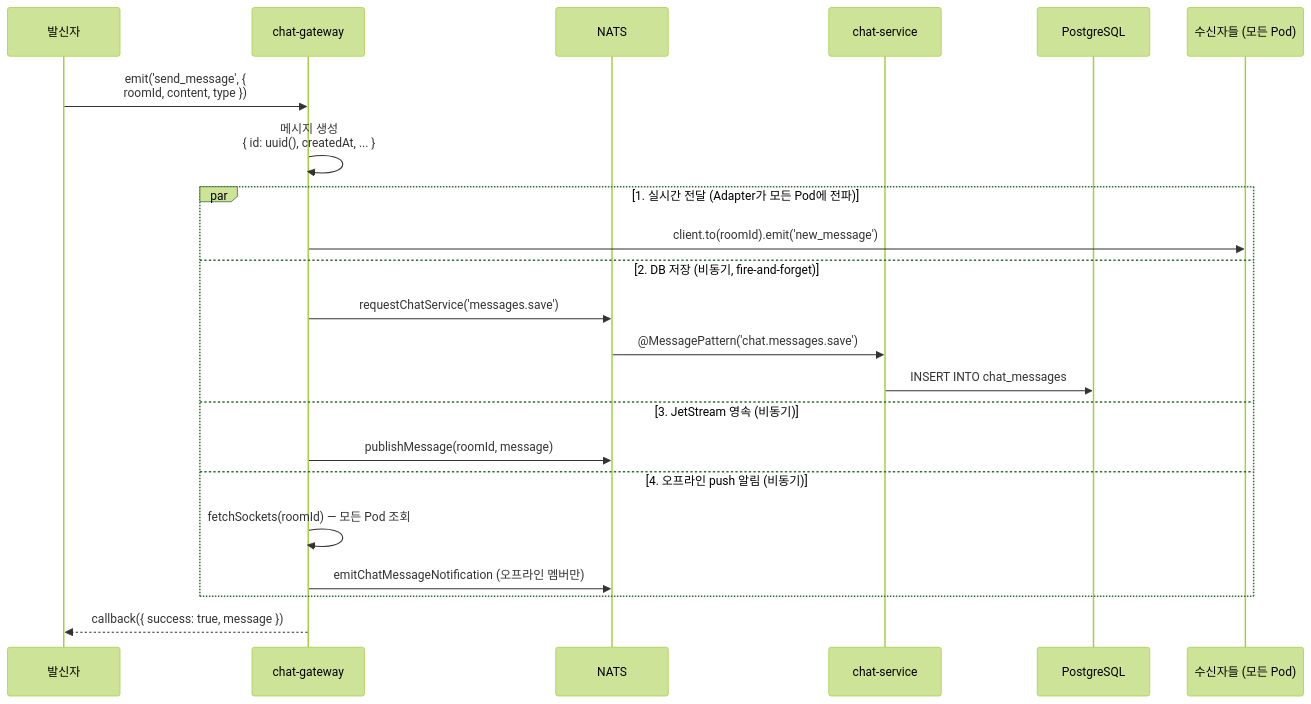
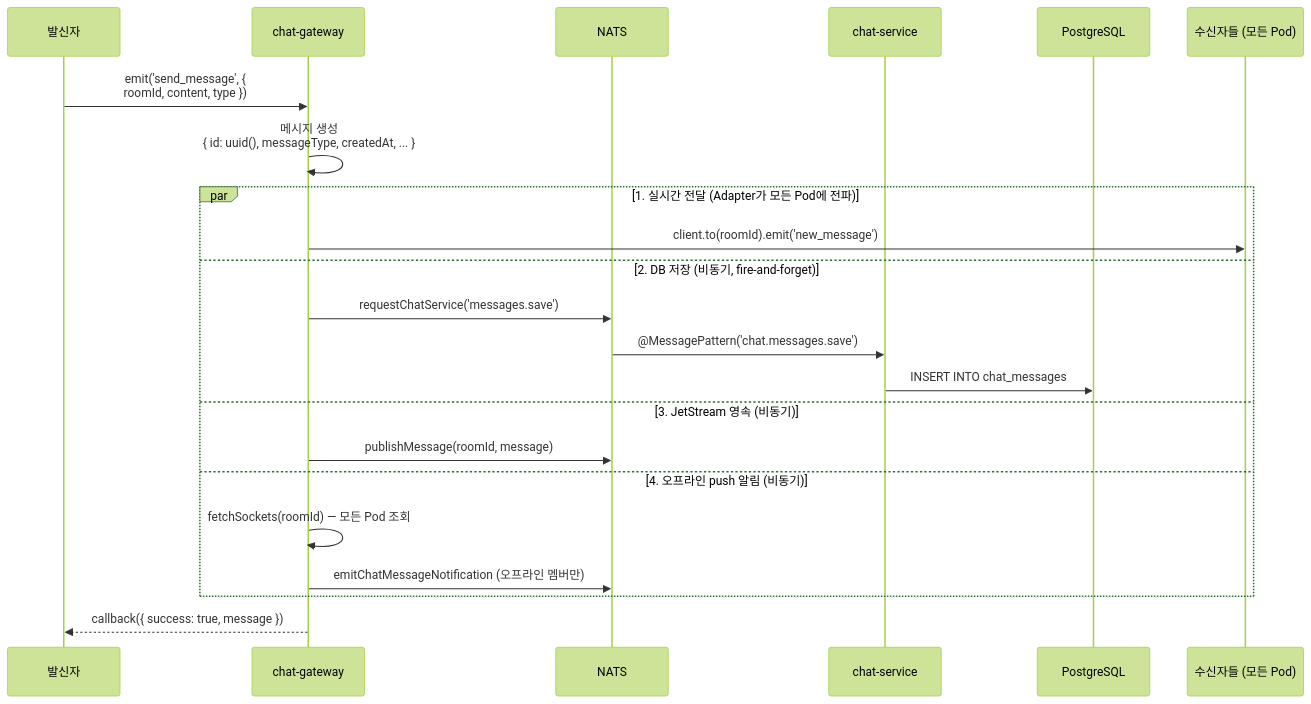
One commit to uniyous/parkgolf-platform changed the ninth of 37 diagrams in docs/workflow/CHAT.md. Above: the diagram before and after it, drawn with Mermaid (forest theme). The commit also changed other lines of this file and 6 other files, not shown here.

First line of the commit message:
docs: 아키텍처/워크플로우 문서 현행화 및 SECURITY.md 추가

````diff
--- a/docs/workflow/CHAT.md
+++ b/docs/workflow/CHAT.md
@@ -296,28 +296,28 @@
 ```mermaid
 sequenceDiagram
     participant Sender as 발신자
     participant Gateway as chat-gateway
     participant NATS
     participant Service as chat-service
     participant DB as PostgreSQL
     participant Receivers as 수신자들 (모든 Pod)
 
     Sender->>Gateway: emit('send_message', {<br/>roomId, content, type })
 
-    Gateway->>Gateway: 메시지 생성<br/>{ id: uuid(), createdAt, ... }
+    Gateway->>Gateway: 메시지 생성<br/>{ id: uuid(), messageType, createdAt, ... }
 
     par 1. 실시간 전달 (Adapter가 모든 Pod에 전파)
         Gateway->>Receivers: client.to(roomId).emit('new_message')
     and 2. DB 저장 (비동기, fire-and-forget)
         Gateway->>NATS: requestChatService('messages.save')
         NATS->>Service: @MessagePattern('chat.messages.save')
         Service->>DB: INSERT INTO chat_messages
     and 3. JetStream 영속 (비동기)
         Gateway->>NATS: publishMessage(roomId, message)
     and 4. 오프라인 push 알림 (비동기)
         Gateway->>Gateway: fetchSockets(roomId) — 모든 Pod 조회
         Gateway->>NATS: emitChatMessageNotification (오프라인 멤버만)
     end
 
     Gateway-->>Sender: callback({ success: true, message })
 ```
````
